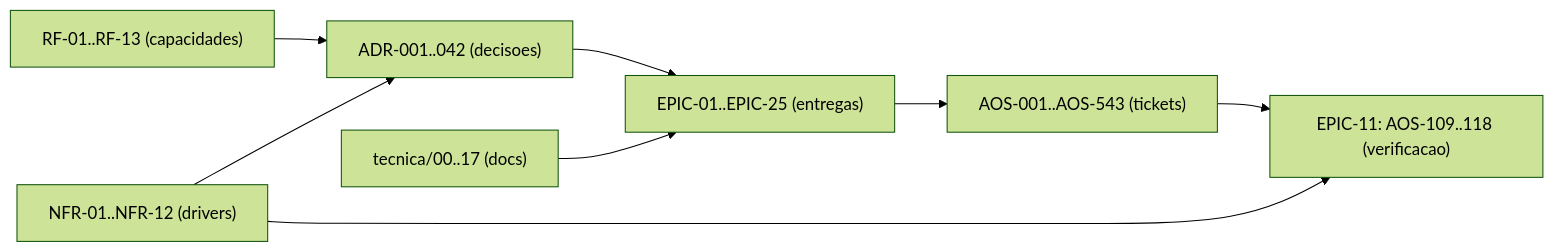
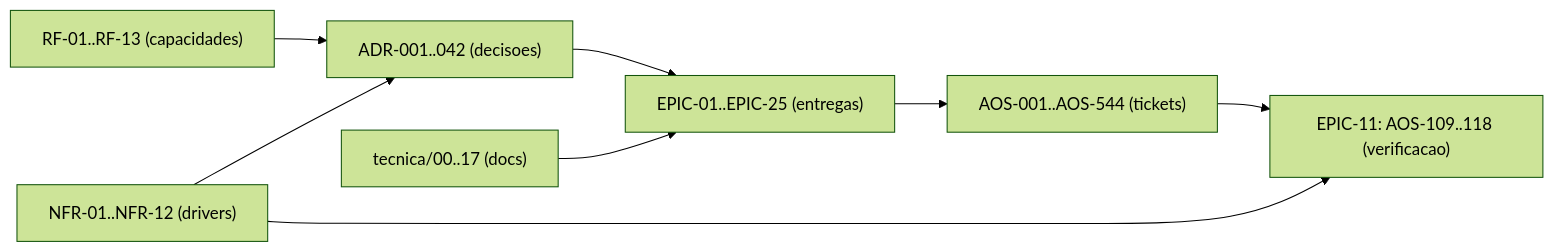
Before and after one commit to albinoJimy/aos: the diagram in tecnica/16_Rastreabilidade_RTM.md, drawn with Mermaid (forest theme). The commit also changed other lines of this file and 7 other files, not shown here.

````diff
--- a/tecnica/16_Rastreabilidade_RTM.md
+++ b/tecnica/16_Rastreabilidade_RTM.md
@@ -211,10 +211,10 @@
 ```mermaid
 flowchart LR
     RF["RF-01..RF-13 (capacidades)"] --> ADR["ADR-001..042 (decisoes)"]
     NFR["NFR-01..NFR-12 (drivers)"] --> ADR
     ADR --> EPIC["EPIC-01..EPIC-25 (entregas)"]
-    EPIC --> TICK["AOS-001..AOS-543 (tickets)"]
+    EPIC --> TICK["AOS-001..AOS-544 (tickets)"]
     DOC["tecnica/00..17 (docs)"] --> EPIC
     TICK --> TEST["EPIC-11: AOS-109..118 (verificacao)"]
     NFR --> TEST
 ```
````
